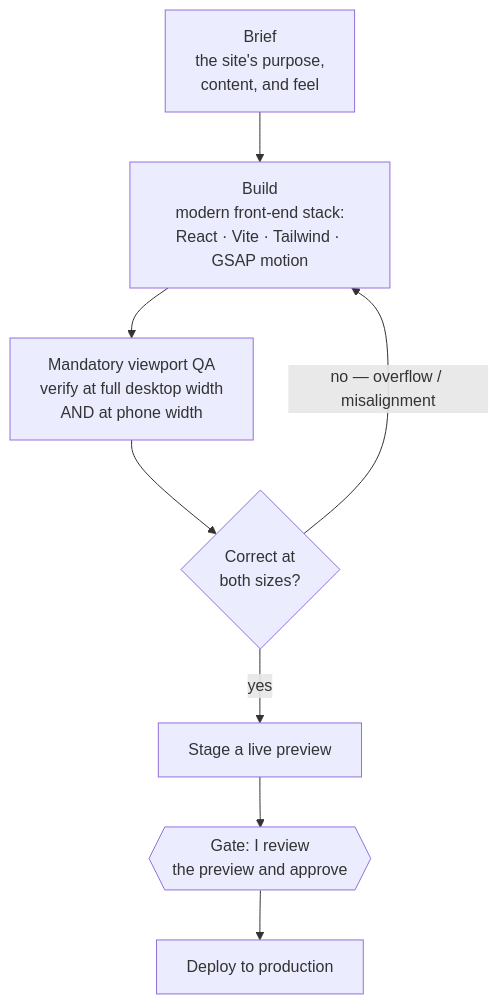
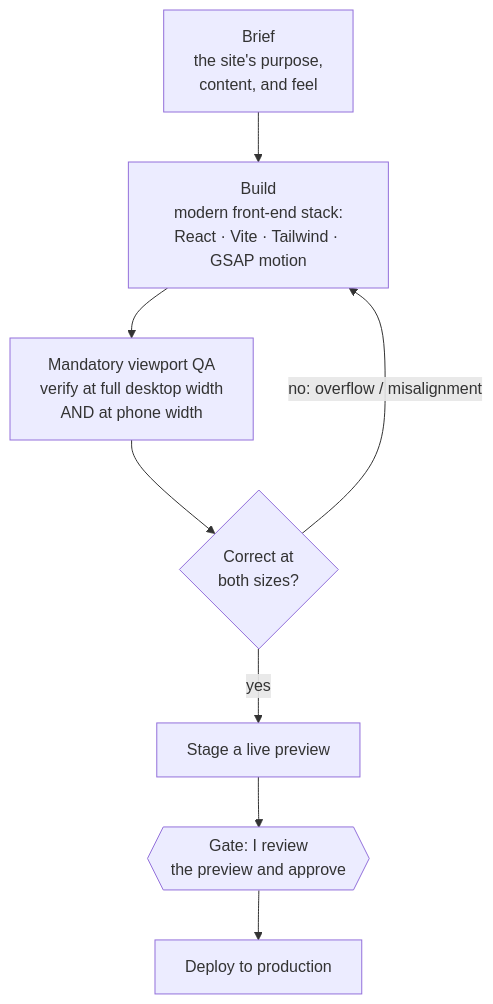
Before and after one commit to paularceneaux/case-study-cinematic-web-builder: the diagram in README.md, drawn with Mermaid. The commit also changed other lines of this file, not shown here.

````diff
--- a/README.md
+++ b/README.md
@@ -22,10 +22,10 @@
 ```mermaid
 flowchart TD
     A[Brief<br/>the site's purpose,<br/>content, and feel] --> B[Build<br/>modern front-end stack:<br/>React · Vite · Tailwind · GSAP motion]
     B --> C[Mandatory viewport QA<br/>verify at full desktop width<br/>AND at phone width]
     C --> D{Correct at<br/>both sizes?}
-    D -->|no — overflow / misalignment| B
+    D -->|no: overflow / misalignment| B
     D -->|yes| E[Stage a live preview]
     E --> F{{Gate: I review<br/>the preview and approve}}
     F --> G[Deploy to production]
 ```
````
